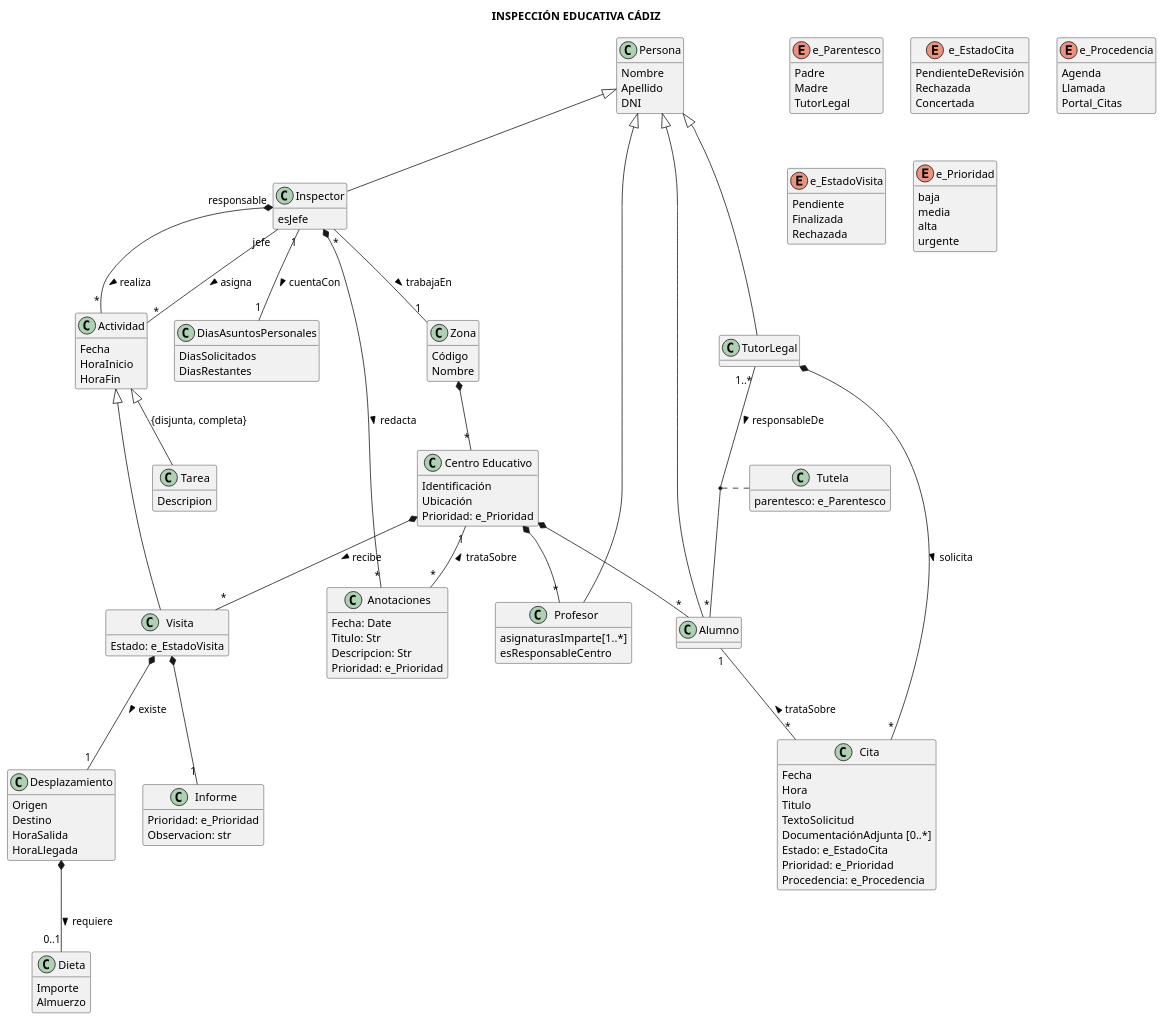
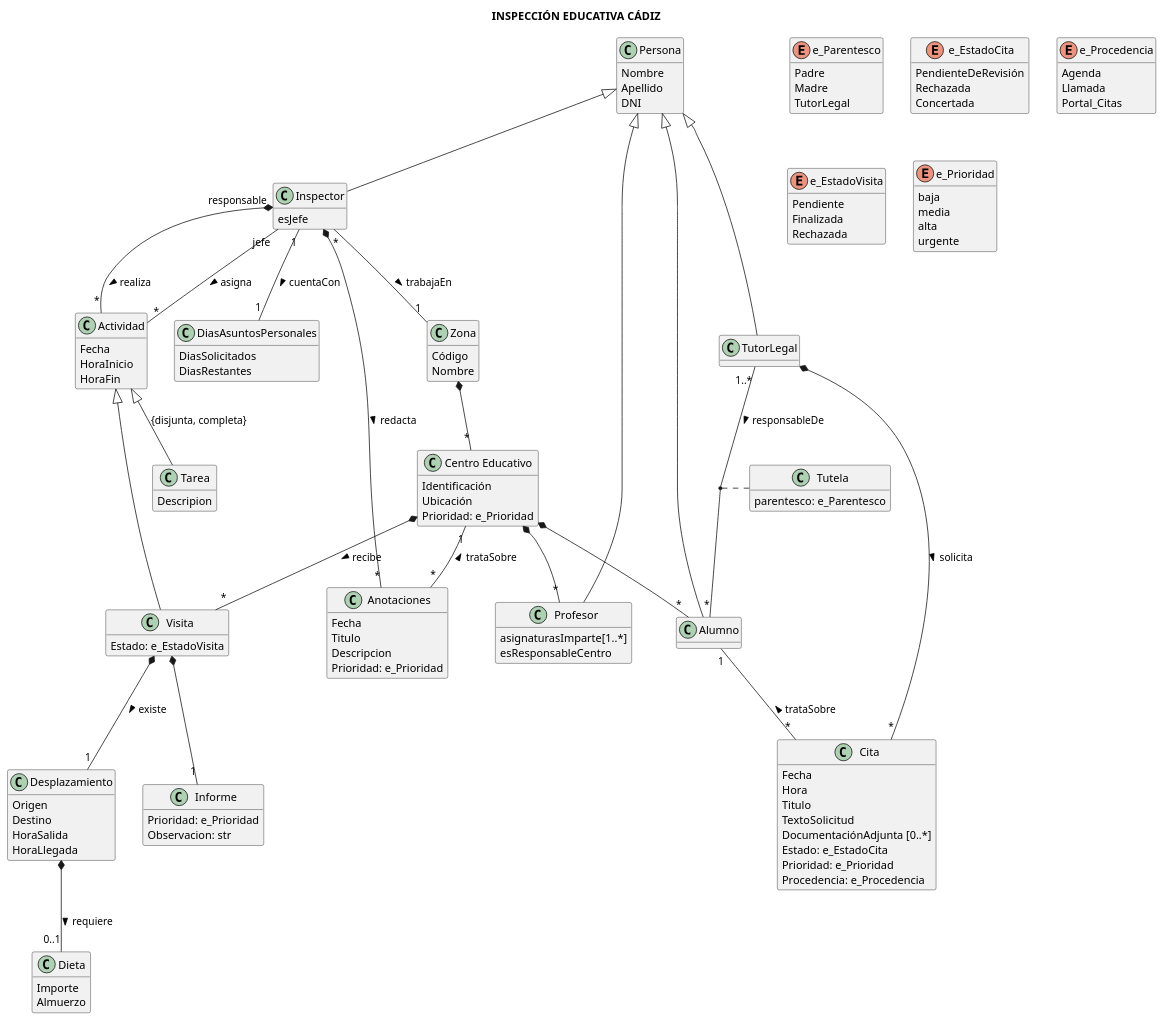
The diagram in docs/modelado_conceptual.puml (lorenzomaranon/ProyectoBD_Inspeccion_Educativa), drawn with PlantUML before and after one commit.

Commit message:
Elimino tipos clase anotaciones (según claude no se ponen)

```diff
--- a/docs/modelado_conceptual.puml
+++ b/docs/modelado_conceptual.puml
@@ -118,9 +118,9 @@
 }
 
 class Anotaciones{
-    Fecha: Date
-    Titulo: Str
-    Descripcion: Str
+    Fecha
+    Titulo
+    Descripcion
     Prioridad: e_Prioridad
 }
 
```
